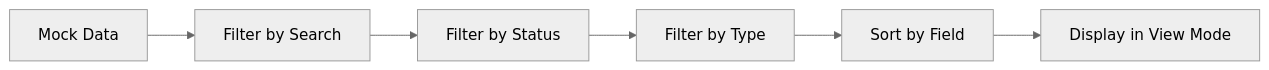
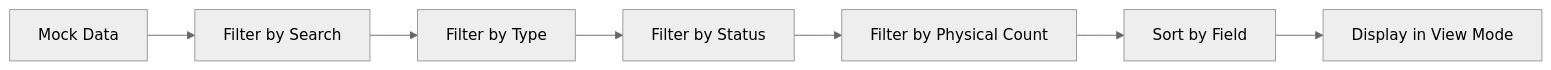
Before and after one commit to CarmenSoftware-organization/carmen: the third of 6 diagrams in docs/app/system-administration/location-management/TS-location-management.md, drawn with Mermaid (neutral theme). The commit also changed other lines of this file and 1788 other files, not shown here.

````diff
--- a/docs/app/system-administration/location-management/TS-location-management.md
+++ b/docs/app/system-administration/location-management/TS-location-management.md
@@ -110,8 +108,9 @@
 ```mermaid
 graph LR
     A[Mock Data] --> B[Filter by Search]
-    B --> C[Filter by Status]
-    C --> D[Filter by Type]
-    D --> E[Sort by Field]
-    E --> F[Display in View Mode]
+    B --> C[Filter by Type]
+    C --> D[Filter by Status]
+    D --> E[Filter by Physical Count]
+    E --> F[Sort by Field]
+    F --> G[Display in View Mode]
 ```
````
